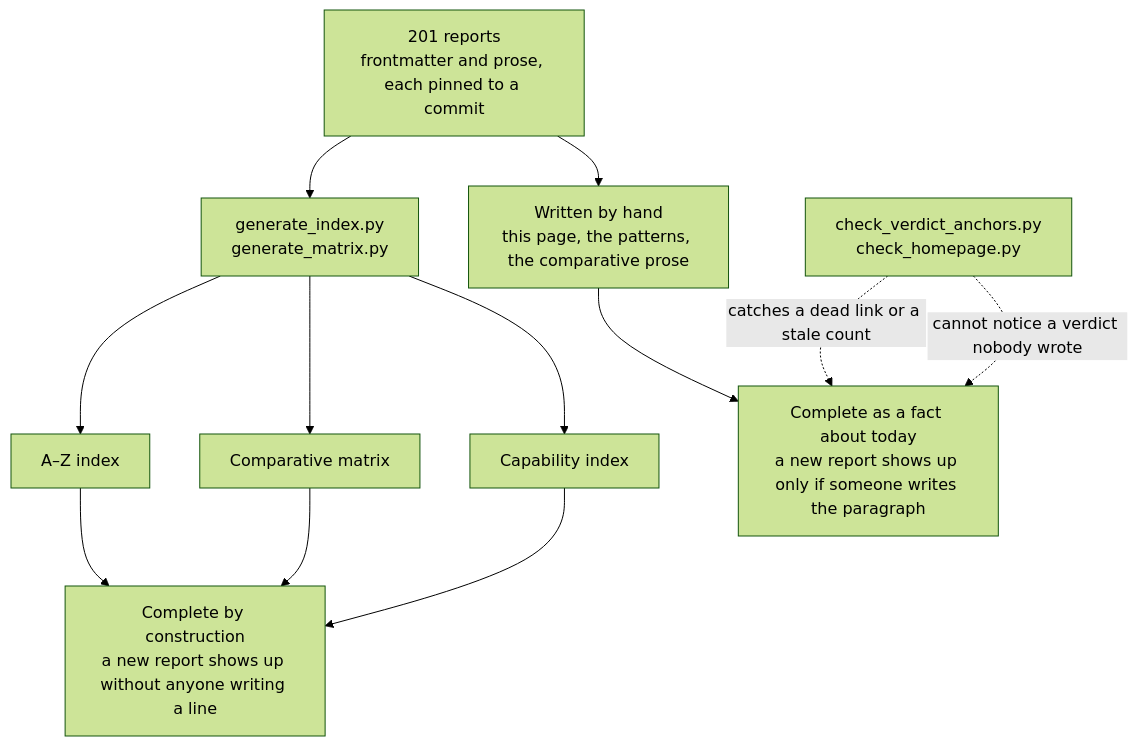
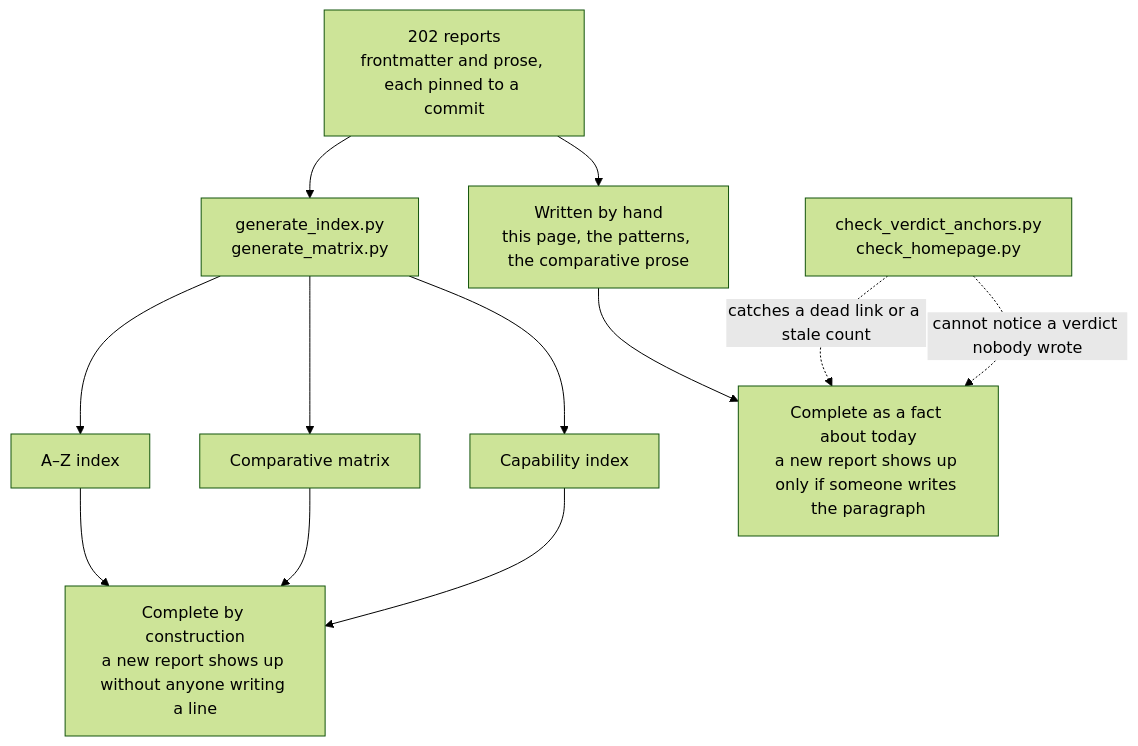
Before and after one commit to neoneye/agent-memory-atlas: the diagram in content/verdicts.md, drawn with Mermaid (forest theme). The commit also changed other lines of this file and 221 other files, not shown here.

````diff
--- a/content/verdicts.md
+++ b/content/verdicts.md
@@ -40,15 +40,15 @@
 ```mermaid
 flowchart TD
-    R["201 reports<br/>frontmatter and prose, each pinned to a commit"]
+    R["202 reports<br/>frontmatter and prose, each pinned to a commit"]
     R --> GEN["generate_index.py<br/>generate_matrix.py"]
     R --> HAND["Written by hand<br/>this page, the patterns, the comparative prose"]
     GEN --> AZ["A–Z index"]
     GEN --> MX["Comparative matrix"]
     GEN --> CI["Capability index"]
     AZ --> CONST["Complete by construction<br/>a new report shows up without anyone writing a line"]
     MX --> CONST
     CI --> CONST
     HAND --> TODAY["Complete as a fact about today<br/>a new report shows up only if someone writes the paragraph"]
     CHK["check_verdict_anchors.py<br/>check_homepage.py"] -.->|"catches a dead link or a stale count"| TODAY
     CHK -.->|"cannot notice a verdict nobody wrote"| TODAY
 ```
````
